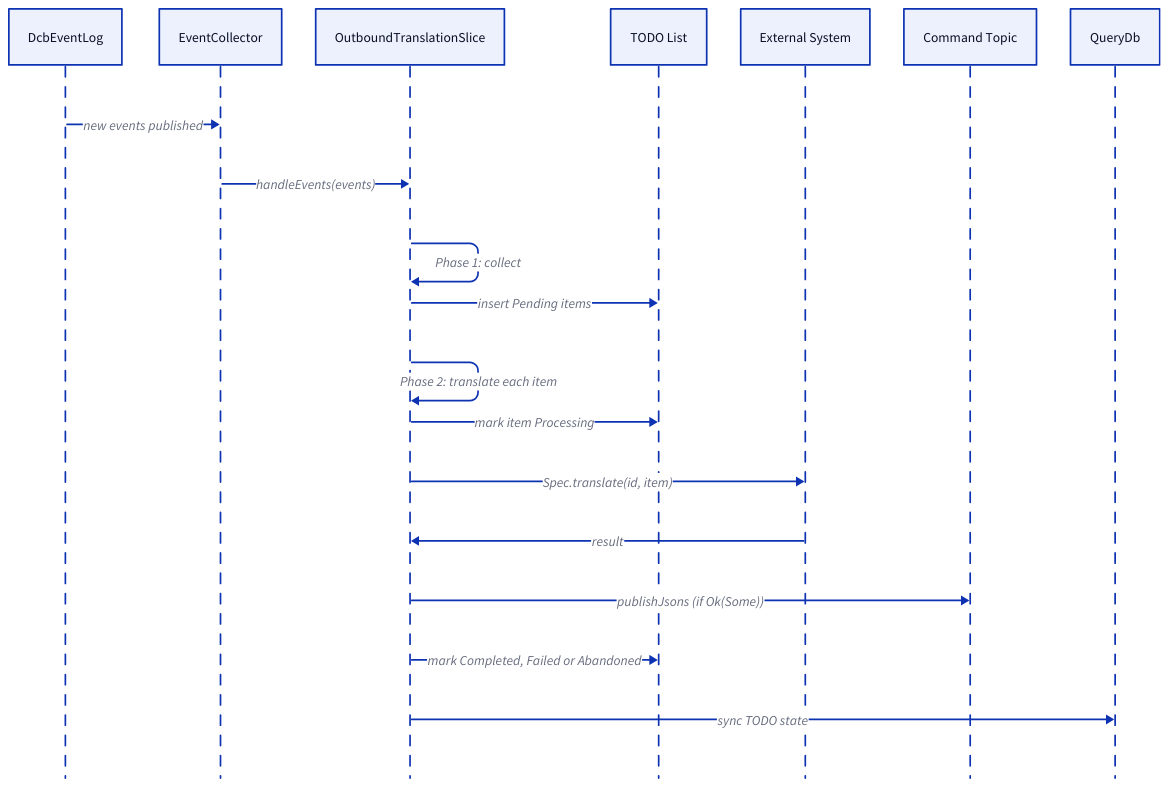
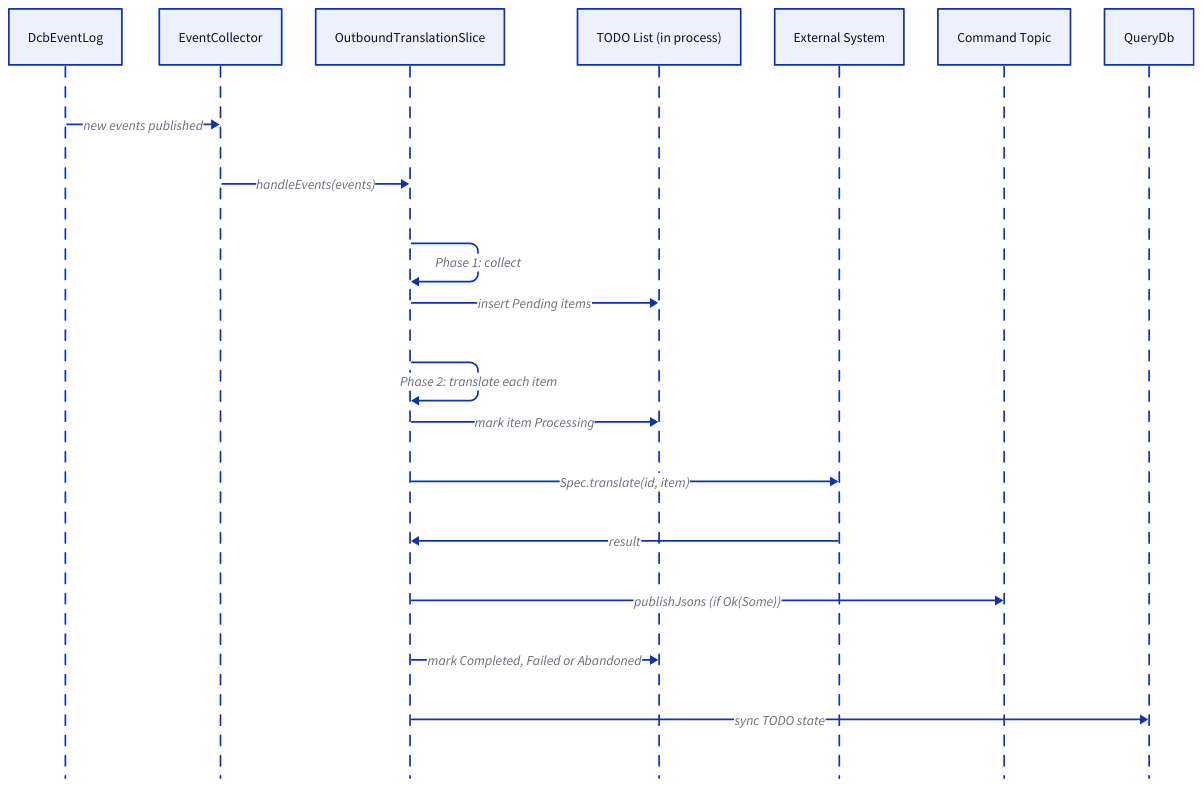
One commit to ReventlessDev/reventless-core changed the second of 3 diagrams in packages/doc/docs-app/components/outboundtranslationslice.md. Above: the diagram before and after it, drawn with D2. The commit also changed other lines of this file and 3 other files, not shown here.

````diff
--- a/packages/doc/docs-app/components/outboundtranslationslice.md
+++ b/packages/doc/docs-app/components/outboundtranslationslice.md
@@ -383,23 +383,23 @@
 ```d2
 shape: sequence_diagram
 
 DcbEventLog: DcbEventLog { class: dcb-event-log }
 EventCollector: EventCollector { class: event-collector }
 OutboundSlice: OutboundTranslationSlice { class: automation-slice }
-TodoList: TODO List
+TodoList: "TODO List (in process)" { class: memory-state }
 External: External System { class: external-system }
 CommandTopic: Command Topic { class: command-topic }
 QueryDb: QueryDb { class: query-db }
 
 DcbEventLog -> EventCollector: new events published
 EventCollector -> OutboundSlice: "handleEvents(events)"
 OutboundSlice -> OutboundSlice: Phase 1: collect
 OutboundSlice -> TodoList: insert Pending items
 OutboundSlice -> OutboundSlice: Phase 2: translate each item
 OutboundSlice -> TodoList: mark item Processing
 OutboundSlice -> External: "Spec.translate(id, item)"
 External -> OutboundSlice: result
 OutboundSlice -> CommandTopic: "publishJsons (if Ok(Some))" { class: command-flow }
 OutboundSlice -> TodoList: mark Completed, Failed or Abandoned
 OutboundSlice -> QueryDb: sync TODO state
 ```
````
